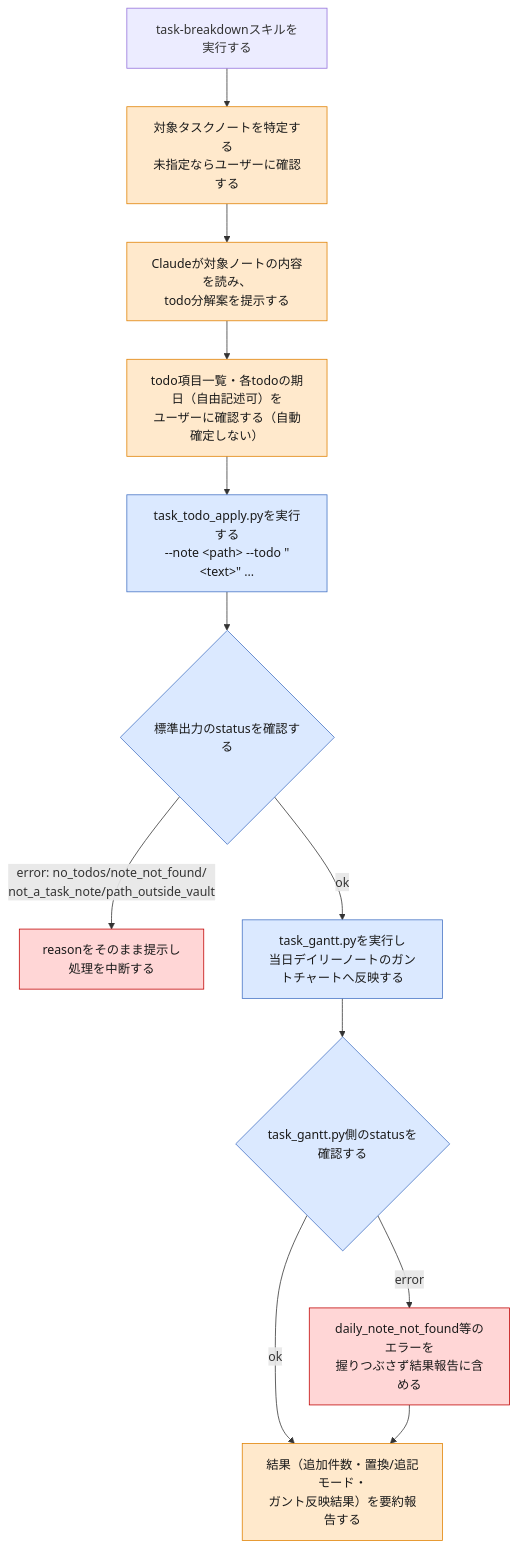
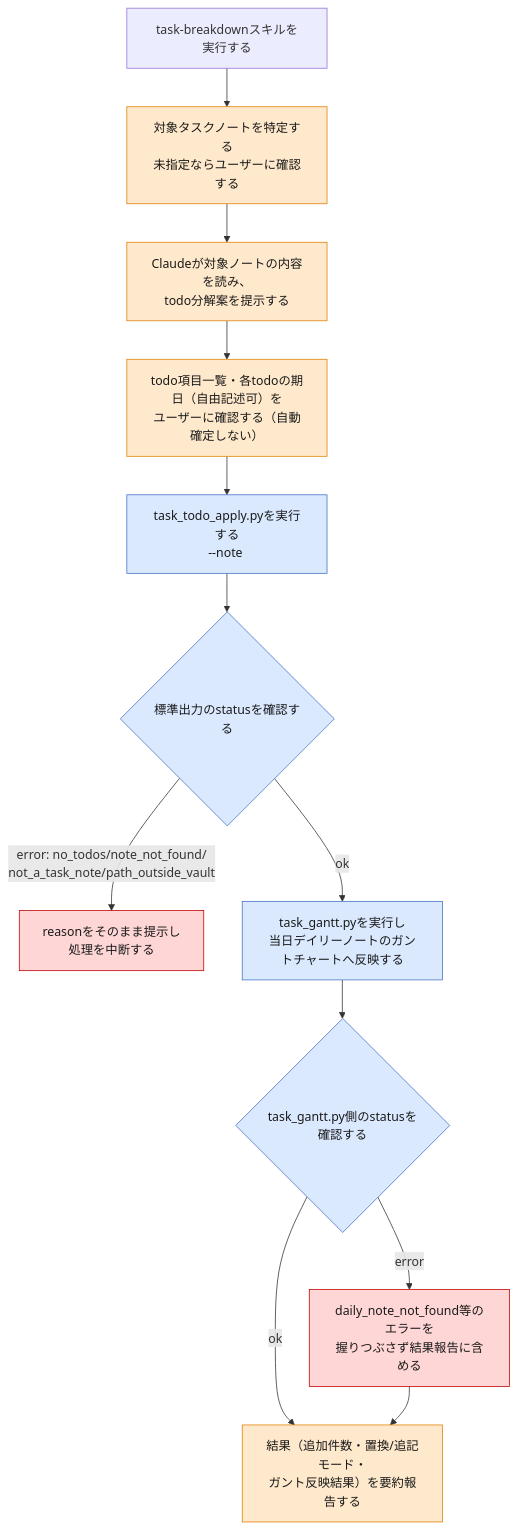
Before and after one commit to asama0101/obsidian-claude: the diagram in 90_SkillFlows/task-breakdown-flow.md, drawn with Mermaid. The commit also changed 1 other file, not shown here.

Commit message:
Sync from vault (2 changes)
90_SkillFlows/task-breakdown-flow.md
90_SkillFlows/task-gantt-flow.md

````diff
--- a/90_SkillFlows/task-breakdown-flow.md
+++ b/90_SkillFlows/task-breakdown-flow.md
@@ -7,30 +7,30 @@
 ```mermaid
 flowchart TD
     Start["task-breakdownスキルを実行する"]
     Start --> A["対象タスクノートを特定する<br/>未指定ならユーザーに確認する"]
     A --> B["Claudeが対象ノートの内容を読み、<br/>todo分解案を提示する"]
     B --> C["todo項目一覧・各todoの期日（自由記述可）を<br/>ユーザーに確認する（自動確定しない）"]
-    C --> D["task_todo_apply.pyを実行する<br/>--note &lt;path&gt; --todo &quot;&lt;text&gt;&quot; ..."]
+    C --> D["task_todo_apply.pyを実行する<br/>--note <path> --todo '<text>' ..."]
     D --> E{"標準出力のstatusを確認する"}
     E -- "error: no_todos/note_not_found/<br/>not_a_task_note/path_outside_vault" --> E1["reasonをそのまま提示し<br/>処理を中断する"]
     E -- ok --> F["task_gantt.pyを実行し<br/>当日デイリーノートのガントチャートへ反映する"]
     F --> G{"task_gantt.py側のstatusを確認する"}
     G -- error --> G1["daily_note_not_found等のエラーを<br/>握りつぶさず結果報告に含める"]
     G -- ok --> H
     G1 --> H["結果（追加件数・置換/追記モード・<br/>ガント反映結果）を要約報告する"]
 
     class A claude
     class B claude
     class C claude
     class D python
     class E python
     class E1 error
     class F python
     class G python
     class G1 error
     class H claude
 
     classDef python fill:#dbe9ff,stroke:#4472c4,color:#1a1a1a;
     classDef claude fill:#ffe9cc,stroke:#e08000,color:#1a1a1a;
     classDef error fill:#ffd6d6,stroke:#c00000,color:#1a1a1a;
 ```
````
